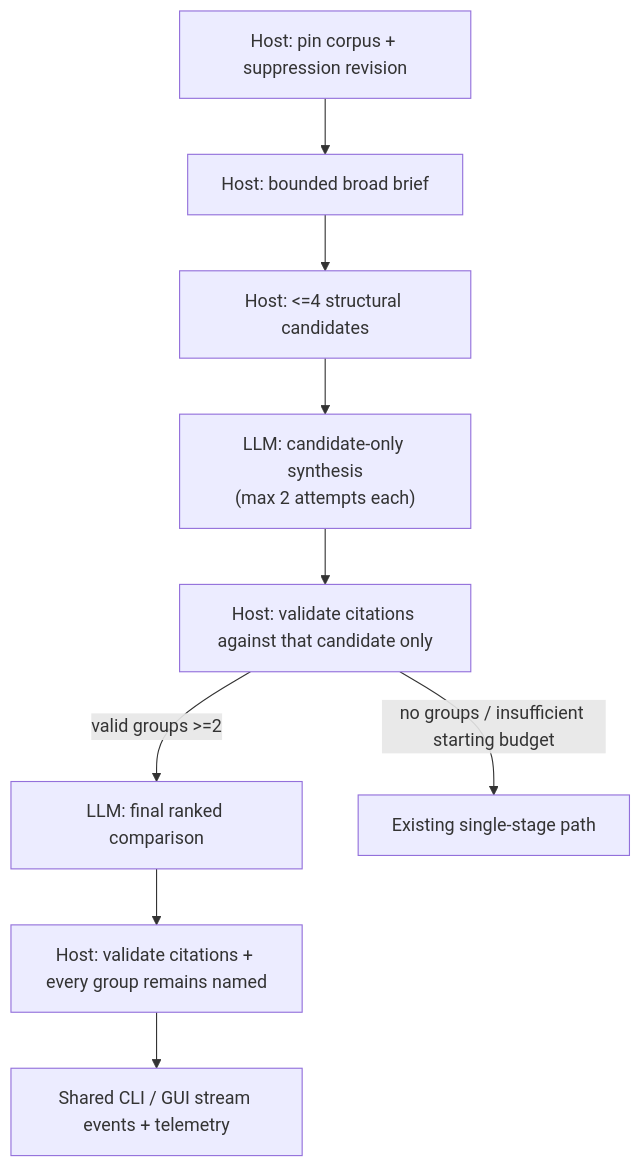
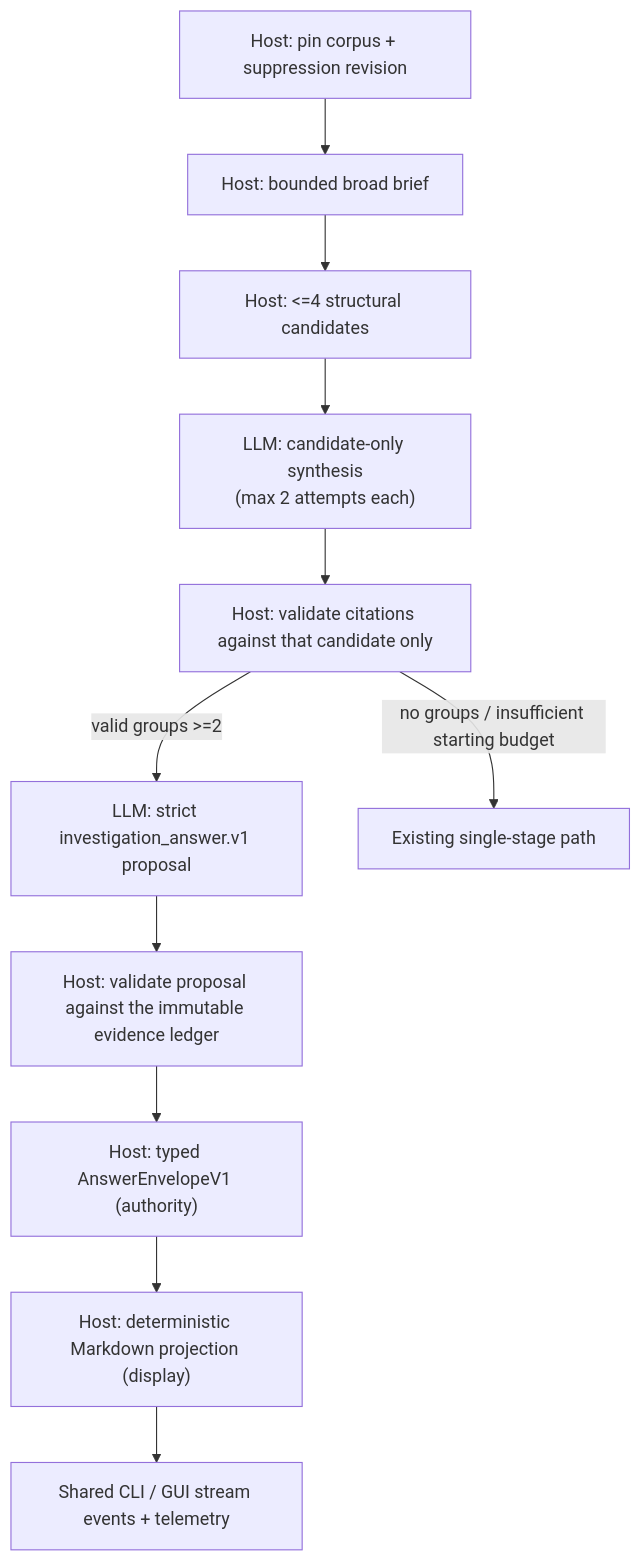
The diagram in docs/design/proven-methods/BOUNDED_MULTI_STAGE_BROAD_TRIAGE.md (chriscase/ContextDesk), drawn with Mermaid before and after one commit. The commit also changed other lines of this file and 6 other files, not shown here.

````diff
--- a/docs/design/proven-methods/BOUNDED_MULTI_STAGE_BROAD_TRIAGE.md
+++ b/docs/design/proven-methods/BOUNDED_MULTI_STAGE_BROAD_TRIAGE.md
@@ -9,11 +9,13 @@
 ```mermaid
 flowchart TD
     H["Host: pin corpus + suppression revision"] --> B["Host: bounded broad brief"]
     B --> C["Host: <=4 structural candidates"]
     C --> S["LLM: candidate-only synthesis\n(max 2 attempts each)"]
     S --> V["Host: validate citations against that candidate only"]
-    V -->|"valid groups >=2"| F["LLM: final ranked comparison"]
+    V -->|"valid groups >=2"| F["LLM: strict investigation_answer.v1 proposal"]
     V -->|"no groups / insufficient starting budget"| L["Existing single-stage path"]
-    F --> G["Host: validate citations + every group remains named"]
-    G --> O["Shared CLI / GUI stream events + telemetry"]
+    F --> G["Host: validate proposal against the immutable evidence ledger"]
+    G --> E["Host: typed AnswerEnvelopeV1 (authority)"]
+    E --> M["Host: deterministic Markdown projection (display)"]
+    M --> O["Shared CLI / GUI stream events + telemetry"]
 ```
````
